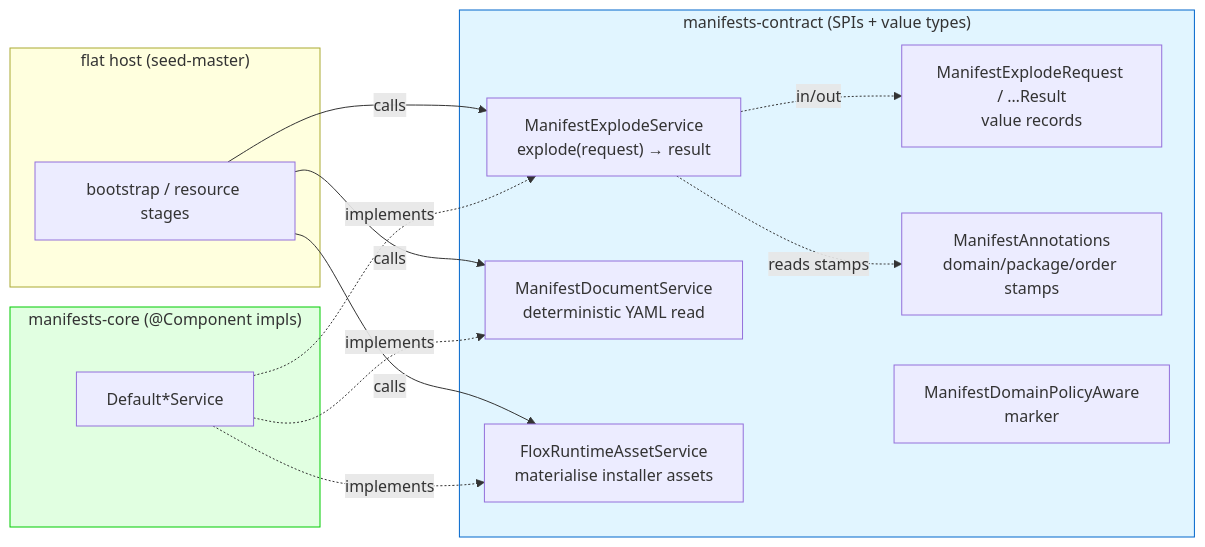
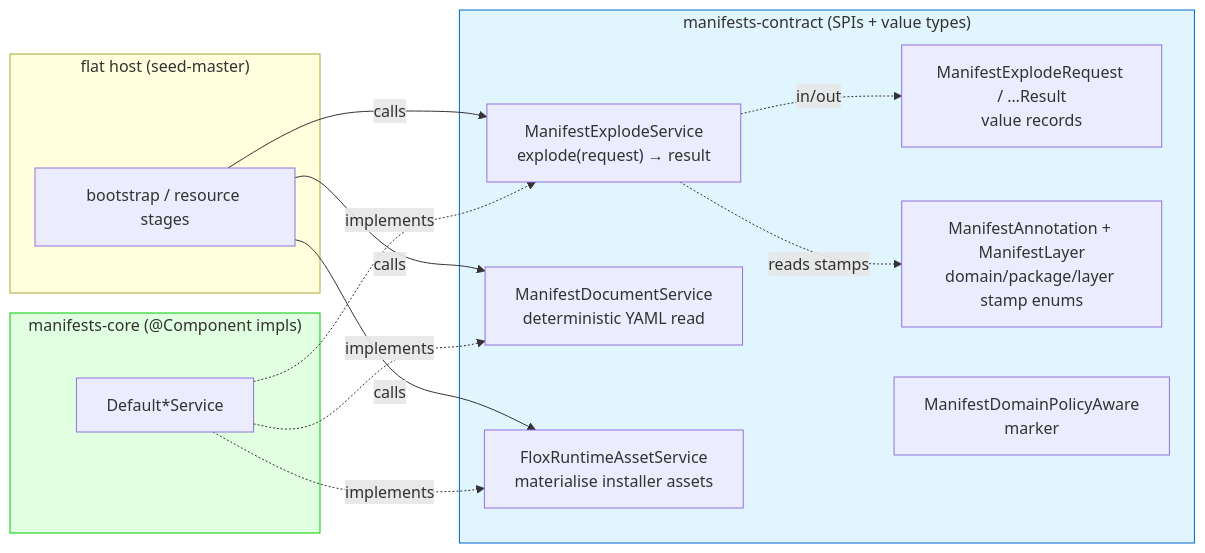
Before and after one commit to nxmatic/rke2lab: the third of 6 diagrams in docs/architecture/manifests/manifests-architecture.adoc, drawn with Mermaid. The commit also changed other lines of this file and 22 other files, not shown here.

First line of the commit message:
refactor(manifests): ManifestAnnotations record → type-safe ManifestAnnotation + ManifestLayer enums

```diff
--- a/docs/architecture/manifests/manifests-architecture.adoc
+++ b/docs/architecture/manifests/manifests-architecture.adoc
@@ -326,28 +326,28 @@
 [mermaid]
 ----
 graph LR
     subgraph host["flat host (seed-master)"]
       H["bootstrap / resource stages"]
     end
     subgraph port["manifests-contract (SPIs + value types)"]
       EXPL["ManifestExplodeService<br/>explode(request) → result"]
       DOC["ManifestDocumentService<br/>deterministic YAML read"]
       FLOX["FloxRuntimeAssetService<br/>materialise installer assets"]
       REQ["ManifestExplodeRequest / …Result<br/>value records"]
-      ANN["ManifestAnnotations<br/>domain/package/order stamps"]
+      ANN["ManifestAnnotation + ManifestLayer<br/>domain/package/layer stamp enums"]
       PAW["ManifestDomainPolicyAware<br/>marker"]
     end
     subgraph core["manifests-core (@Component impls)"]
       C["Default*Service"]
     end
     H -->|calls| EXPL
     H -->|calls| DOC
     H -->|calls| FLOX
     EXPL -.->|in/out| REQ
     EXPL -.->|reads stamps| ANN
     C -.->|implements| EXPL
     C -.->|implements| DOC
     C -.->|implements| FLOX
     style port fill:#e1f5ff,stroke:#0066cc
     style core fill:#e1ffe1,stroke:#00cc00
 ----
```
